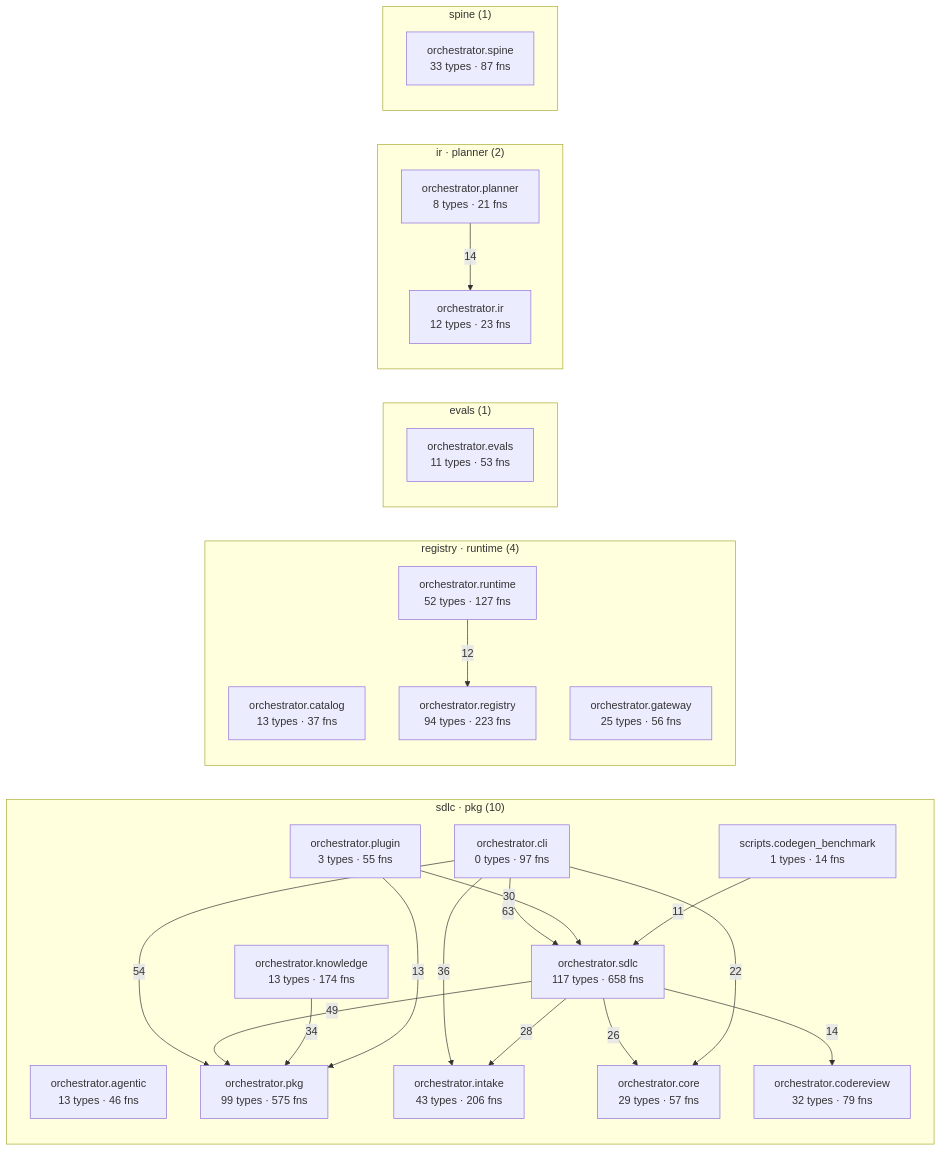
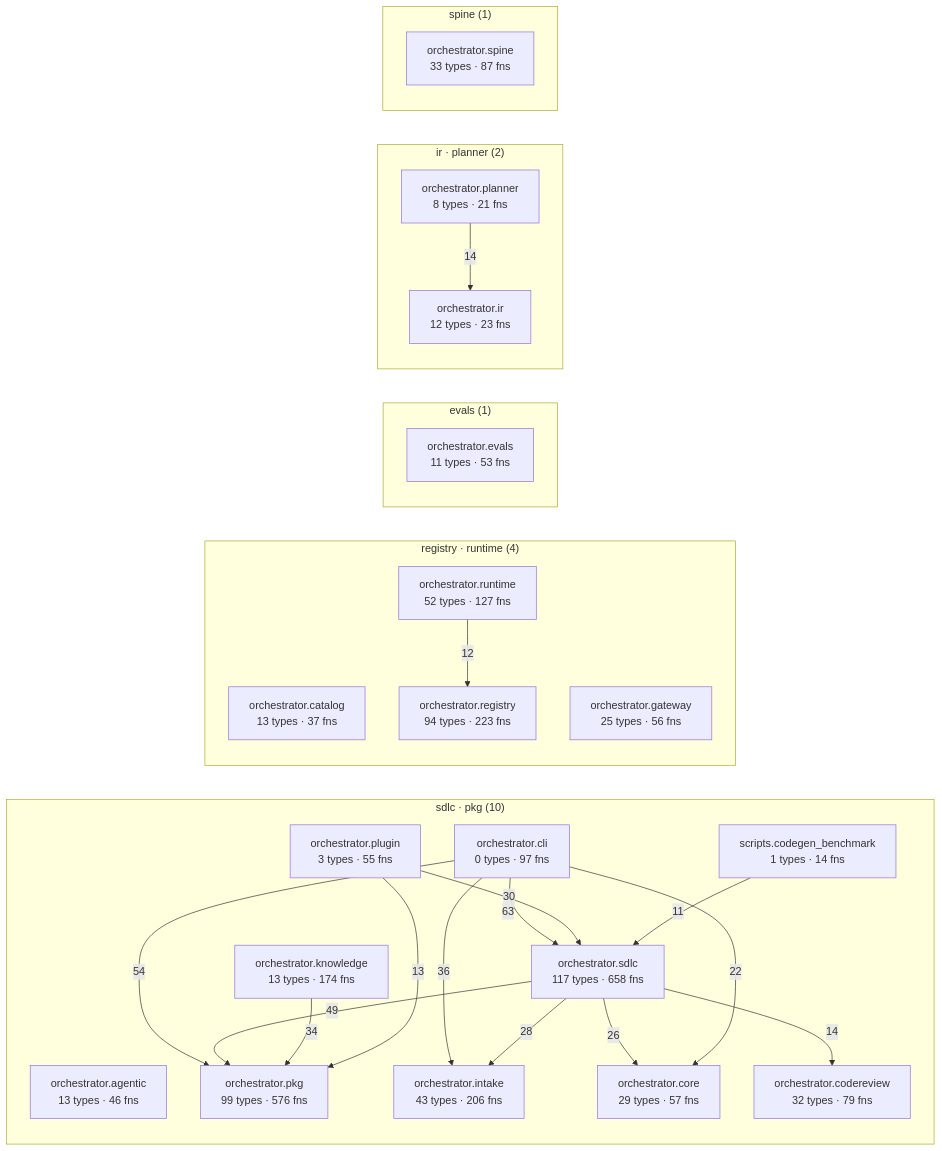
One commit to synaptixs/spine changed the diagram in episteme/architecture.md. Above: the diagram before and after it, drawn with Mermaid. The commit also changed other lines of this file and 12 other files, not shown here.

````diff
--- a/episteme/architecture.md
+++ b/episteme/architecture.md
@@ -54,45 +54,45 @@
 ```mermaid
 flowchart LR
   subgraph c_1["sdlc · pkg (10)"]
     aorchestratoragentic["orchestrator.agentic<br/>13 types · 46 fns"]
     aorchestratorcli["orchestrator.cli<br/>0 types · 97 fns"]
     aorchestratorcodereview["orchestrator.codereview<br/>32 types · 79 fns"]
     aorchestratorcore["orchestrator.core<br/>29 types · 57 fns"]
     aorchestratorintake["orchestrator.intake<br/>43 types · 206 fns"]
     aorchestratorknowledge["orchestrator.knowledge<br/>13 types · 174 fns"]
-    aorchestratorpkg["orchestrator.pkg<br/>99 types · 575 fns"]
+    aorchestratorpkg["orchestrator.pkg<br/>99 types · 576 fns"]
     aorchestratorplugin["orchestrator.plugin<br/>3 types · 55 fns"]
     aorchestratorsdlc["orchestrator.sdlc<br/>117 types · 658 fns"]
     ascriptscodegenbenchmark["scripts.codegen_benchmark<br/>1 types · 14 fns"]
   end
   subgraph c_3["registry · runtime (4)"]
     aorchestratorcatalog["orchestrator.catalog<br/>13 types · 37 fns"]
     aorchestratorgateway["orchestrator.gateway<br/>25 types · 56 fns"]
     aorchestratorregistry["orchestrator.registry<br/>94 types · 223 fns"]
     aorchestratorruntime["orchestrator.runtime<br/>52 types · 127 fns"]
   end
   subgraph c_5["evals (1)"]
     aorchestratorevals["orchestrator.evals<br/>11 types · 53 fns"]
   end
   subgraph c_7["ir · planner (2)"]
     aorchestratorir["orchestrator.ir<br/>12 types · 23 fns"]
     aorchestratorplanner["orchestrator.planner<br/>8 types · 21 fns"]
   end
   subgraph c_10["spine (1)"]
     aorchestratorspine["orchestrator.spine<br/>33 types · 87 fns"]
   end
   aorchestratorcli -->|63| aorchestratorsdlc
   aorchestratorcli -->|54| aorchestratorpkg
   aorchestratorsdlc -->|49| aorchestratorpkg
   aorchestratorcli -->|36| aorchestratorintake
   aorchestratorknowledge -->|34| aorchestratorpkg
   aorchestratorplugin -->|30| aorchestratorsdlc
   aorchestratorsdlc -->|28| aorchestratorintake
   aorchestratorsdlc -->|26| aorchestratorcore
   aorchestratorcli -->|22| aorchestratorcore
   aorchestratorplanner -->|14| aorchestratorir
   aorchestratorsdlc -->|14| aorchestratorcodereview
   aorchestratorplugin -->|13| aorchestratorpkg
   aorchestratorruntime -->|12| aorchestratorregistry
   ascriptscodegenbenchmark -->|11| aorchestratorsdlc
 ```
````
